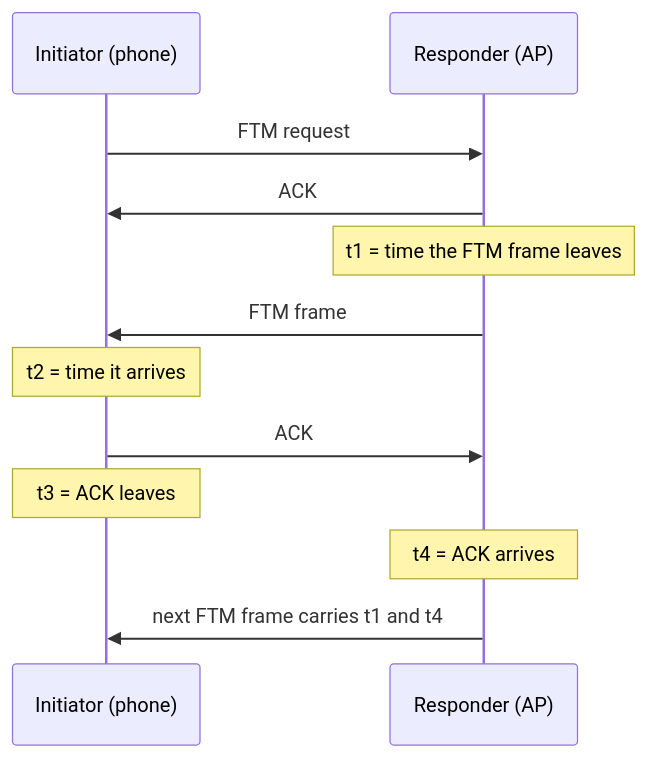
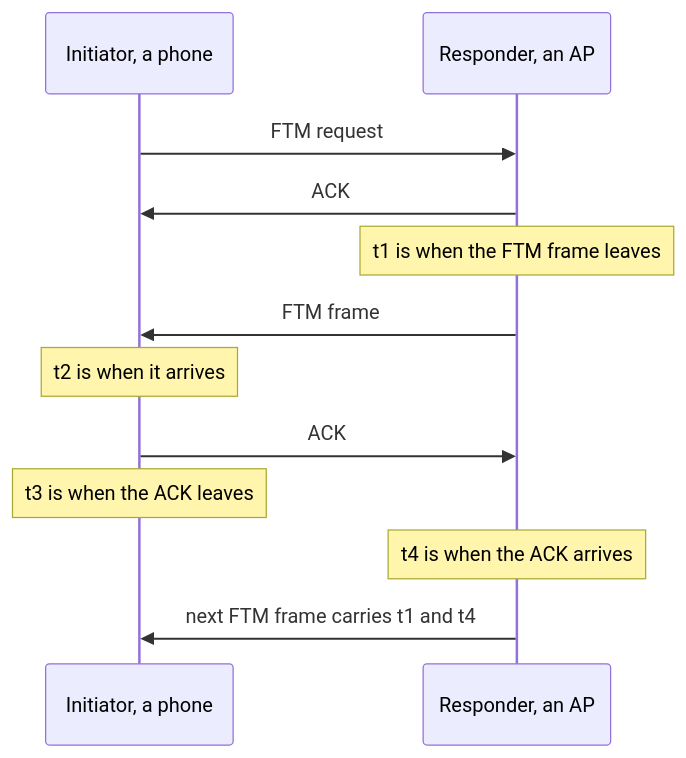
Before and after one commit to Princeahrwar/Study: the third of 5 diagrams in 07_networking/10_wifi/14_wifi_amendments_and_special_phys.md, drawn with Mermaid. The commit also changed other lines of this file and 1 other file, not shown here.

````diff
--- a/07_networking/10_wifi/14_wifi_amendments_and_special_phys.md
+++ b/07_networking/10_wifi/14_wifi_amendments_and_special_phys.md
@@ -200,14 +265,14 @@
 ```mermaid
 sequenceDiagram
-    participant I as Initiator (phone)
-    participant R as Responder (AP)
+    participant I as Initiator, a phone
+    participant R as Responder, an AP
     I->>R: FTM request
     R->>I: ACK
-    Note over R: t1 = time the FTM frame leaves
+    Note over R: t1 is when the FTM frame leaves
     R->>I: FTM frame
-    Note over I: t2 = time it arrives
+    Note over I: t2 is when it arrives
     I->>R: ACK
-    Note over I: t3 = ACK leaves
-    Note over R: t4 = ACK arrives
+    Note over I: t3 is when the ACK leaves
+    Note over R: t4 is when the ACK arrives
     R->>I: next FTM frame carries t1 and t4
 ```
````
